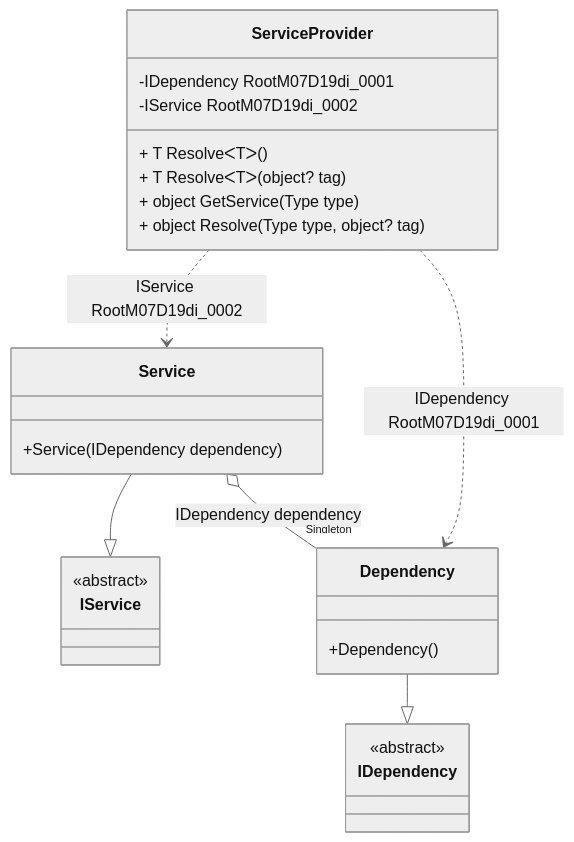
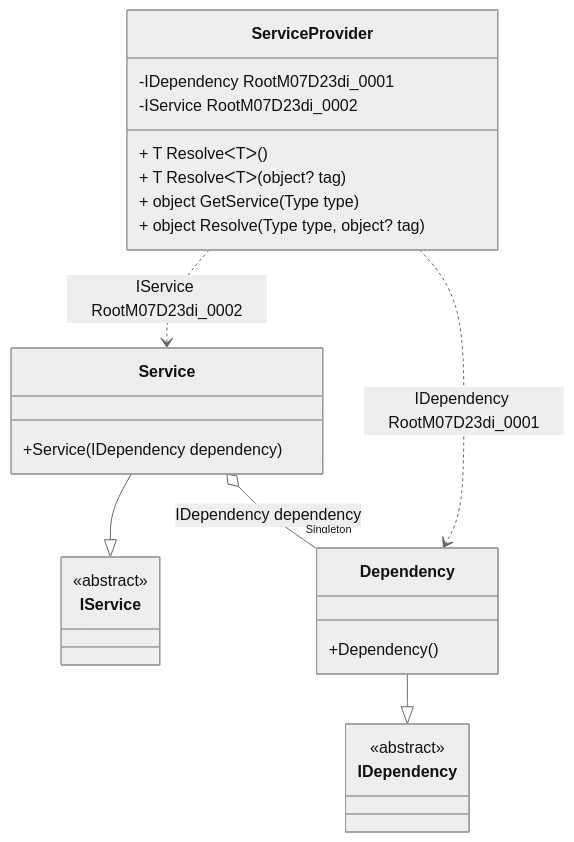
Before and after one commit to DevTeam/Pure.DI: the diagram in readme/service-provider.md, drawn with Mermaid (neutral theme). The commit also changed other lines of this file and 55 other files, not shown here.

````diff
--- a/readme/service-provider.md
+++ b/readme/service-provider.md
@@ -50,28 +50,28 @@
 ```mermaid
 classDiagram
   class ServiceProvider {
-    -IDependency RootM07D19di_0001
-    -IService RootM07D19di_0002
+    -IDependency RootM07D23di_0001
+    -IService RootM07D23di_0002
     + T ResolveᐸTᐳ()
     + T ResolveᐸTᐳ(object? tag)
     + object GetService(Type type)
     + object Resolve(Type type, object? tag)
   }
   Service --|> IService : 
   class Service {
     +Service(IDependency dependency)
   }
   Dependency --|> IDependency : 
   class Dependency {
     +Dependency()
   }
   class IService {
     <<abstract>>
   }
   class IDependency {
     <<abstract>>
   }
   Service o--  "Singleton" Dependency : IDependency dependency
-  ServiceProvider ..> Dependency : IDependency RootM07D19di_0001
-  ServiceProvider ..> Service : IService RootM07D19di_0002
+  ServiceProvider ..> Dependency : IDependency RootM07D23di_0001
+  ServiceProvider ..> Service : IService RootM07D23di_0002
 ```
````
